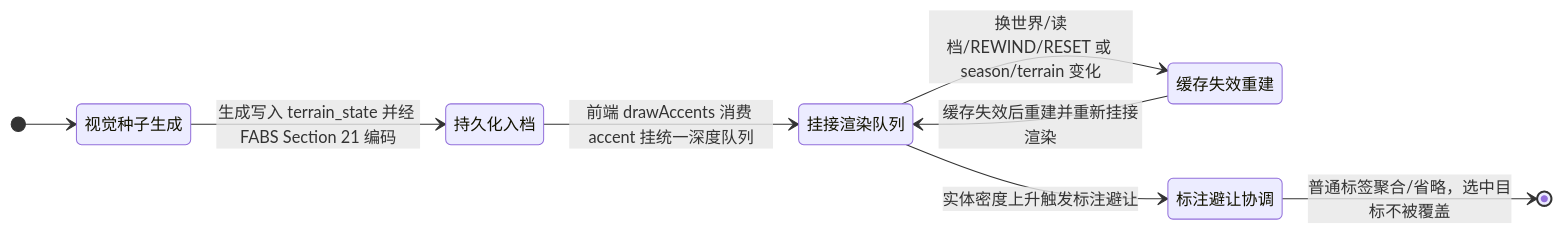
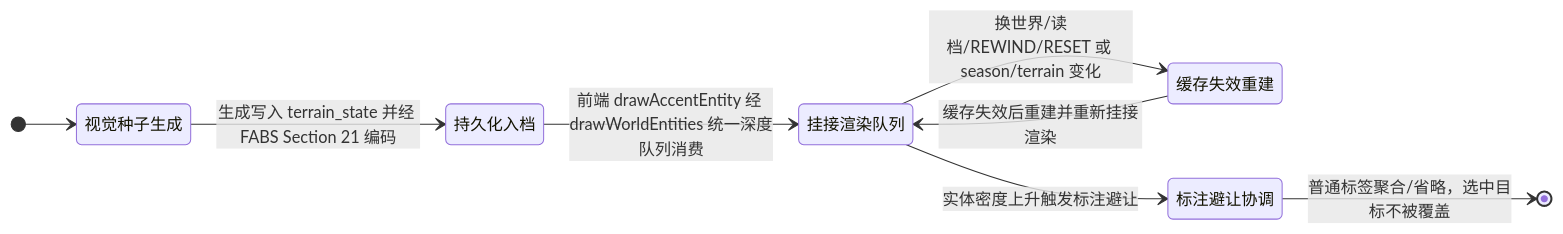
The diagram in docs/plan/tech/07-terrain-art.md (g39088902/FlowAndAccord), drawn with Mermaid before and after one commit. The commit also changed other lines of this file and 21 other files, not shown here.

````diff
--- a/docs/plan/tech/07-terrain-art.md
+++ b/docs/plan/tech/07-terrain-art.md
@@ -14,16 +13,16 @@
 ```mermaid
 stateDiagram-v2
     direction LR
     [*] --> A
     A --> B : 生成写入 terrain_state 并经 FABS Section 21 编码
-    B --> C : 前端 drawAccents 消费 accent 挂统一深度队列
+    B --> C : 前端 drawAccentEntity 经 drawWorldEntities 统一深度队列消费
     C --> D : 换世界/读档/REWIND/RESET 或 season/terrain 变化
     D --> C : 缓存失效后重建并重新挂接渲染
     C --> E : 实体密度上升触发标注避让
     E --> [*] : 普通标签聚合/省略，选中目标不被覆盖
     A : 视觉种子生成
     B : 持久化入档
     C : 挂接渲染队列
     D : 缓存失效重建
     E : 标注避让协调
 ```
````
